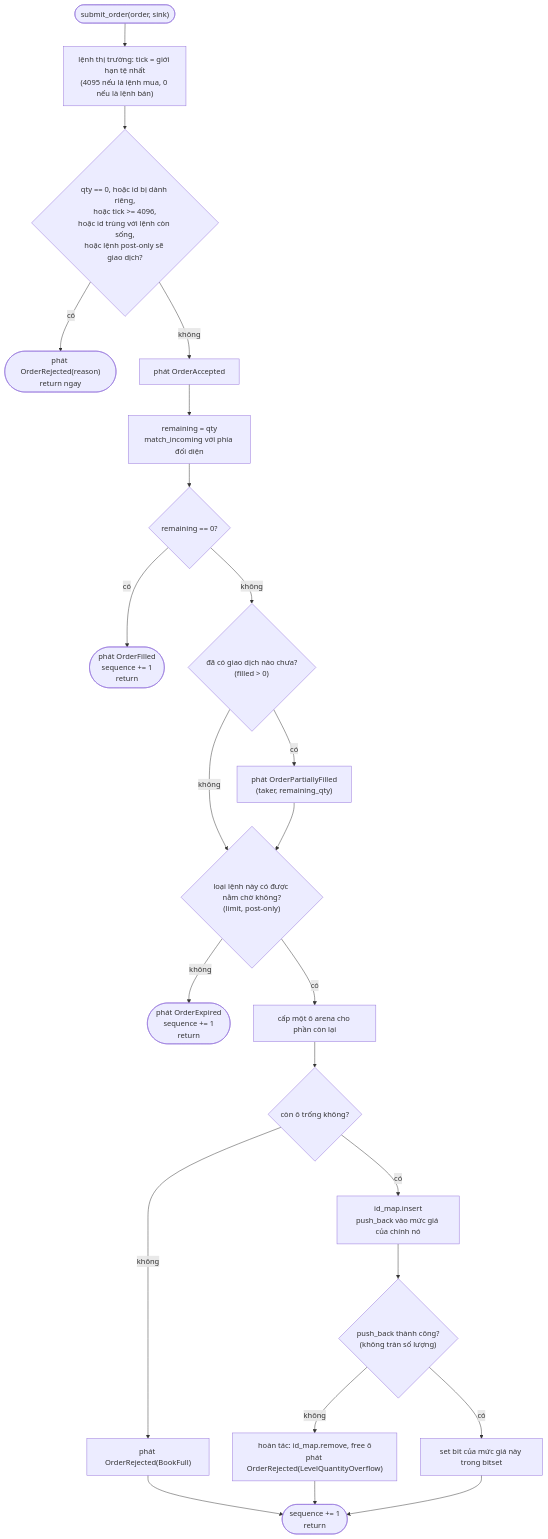
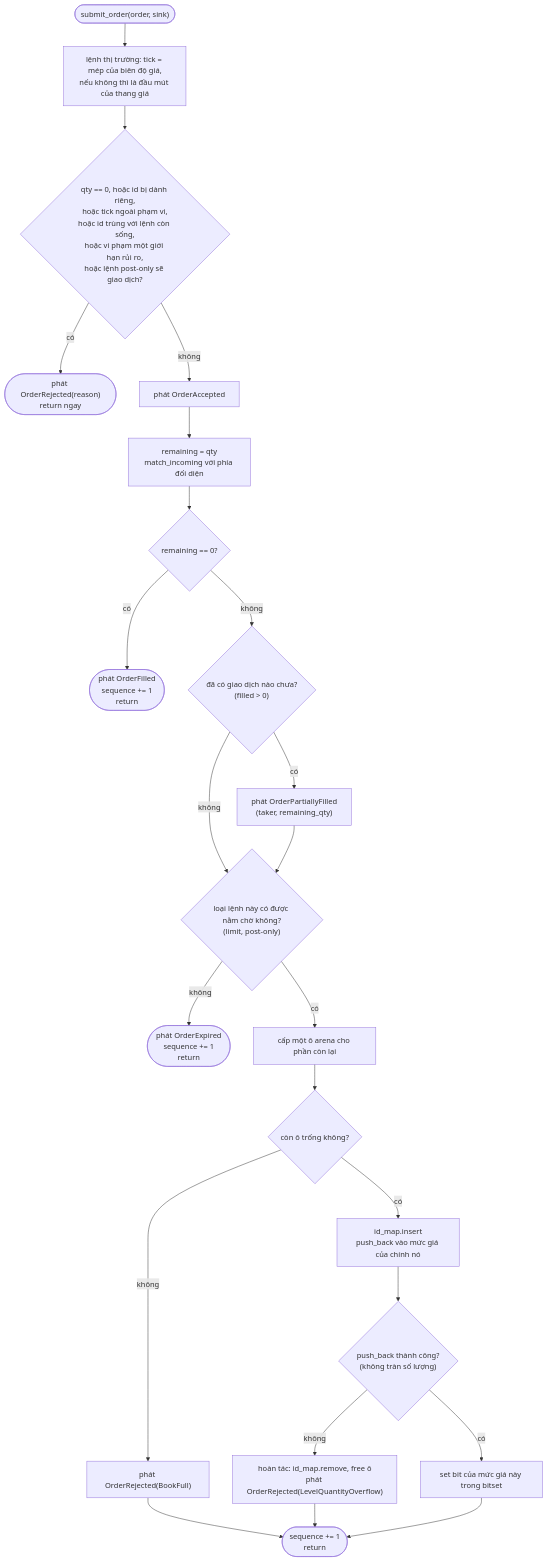
Before and after one commit to daohainam/rust-matching-engine: the first of 2 diagrams in docs/vi/06-matching-algorithm.md, drawn with Mermaid. The commit also changed other lines of this file, not shown here.

Commit message:
docs(vi): mirror chapter 6's tick count, risk checks and market protection

````diff
--- a/docs/vi/06-matching-algorithm.md
+++ b/docs/vi/06-matching-algorithm.md
@@ -72,25 +77,25 @@
 ```mermaid
 flowchart TD
-    A(["submit_order(order, sink)"]) --> A2["lệnh thị trường: tick = giới hạn tệ nhất<br/>(4095 nếu là lệnh mua, 0 nếu là lệnh bán)"]
-    A2 --> B{"qty == 0, hoặc id bị dành riêng,<br/>hoặc tick >= 4096,<br/>hoặc id trùng với lệnh còn sống,<br/>hoặc lệnh post-only sẽ giao dịch?"}
+    A(["submit_order(order, sink)"]) --> A2["lệnh thị trường: tick = mép của biên độ giá,<br/>nếu không thì là đầu mút của thang giá"]
+    A2 --> B{"qty == 0, hoặc id bị dành riêng,<br/>hoặc tick ngoài phạm vi,<br/>hoặc id trùng với lệnh còn sống,<br/>hoặc vi phạm một giới hạn rủi ro,<br/>hoặc lệnh post-only sẽ giao dịch?"}
     B -- có --> R(["phát OrderRejected(reason)<br/>return ngay"])
     B -- không --> C["phát OrderAccepted"]
     C --> D["remaining = qty<br/>match_incoming với phía đối diện"]
     D --> E{"remaining == 0?"}
     E -- có --> F(["phát OrderFilled<br/>sequence += 1<br/>return"])
     E -- không --> G{"đã có giao dịch nào chưa?<br/>(filled > 0)"}
     G -- có --> H["phát OrderPartiallyFilled<br/>(taker, remaining_qty)"]
     G -- không --> T
     H --> T{"loại lệnh này có được nằm chờ không?<br/>(limit, post-only)"}
     T -- không --> X(["phát OrderExpired<br/>sequence += 1<br/>return"])
     T -- có --> I["cấp một ô arena cho phần còn lại"]
     I --> J{"còn ô trống không?"}
     J -- không --> K["phát OrderRejected(BookFull)"]
     J -- có --> L["id_map.insert<br/>push_back vào mức giá của chính nó"]
     L --> M{"push_back thành công?<br/>(không tràn số lượng)"}
     M -- không --> N["hoàn tác: id_map.remove, free ô<br/>phát OrderRejected(LevelQuantityOverflow)"]
     M -- có --> O["set bit của mức giá này trong bitset"]
     K --> P(["sequence += 1<br/>return"])
     N --> P
     O --> P
 ```
````
